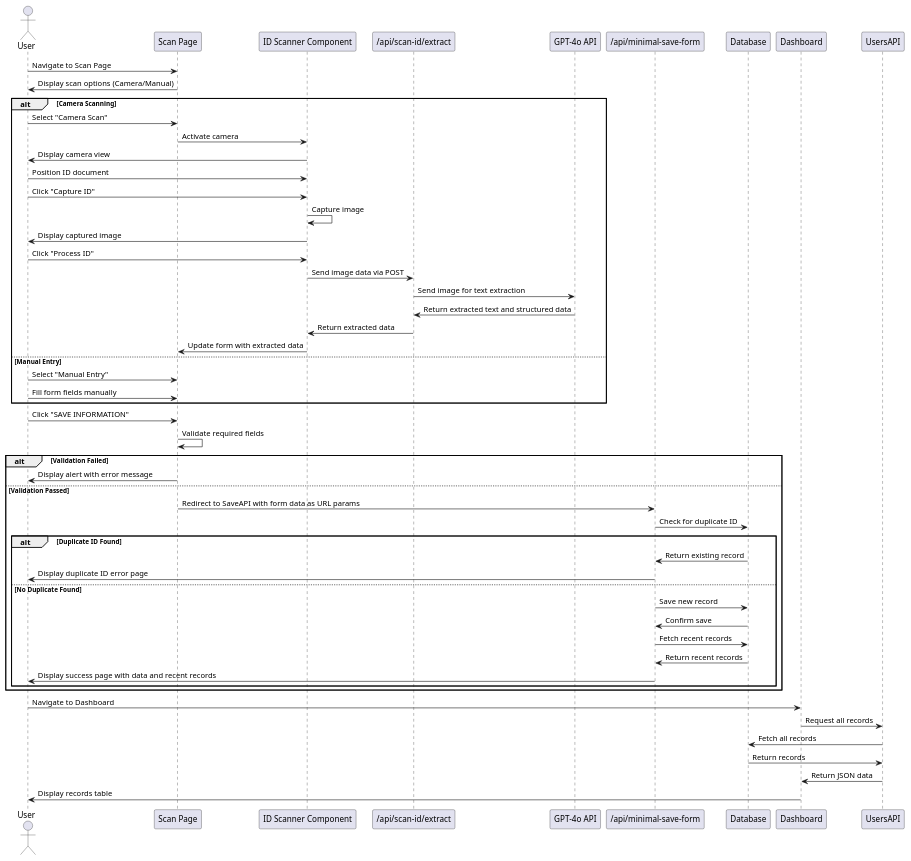
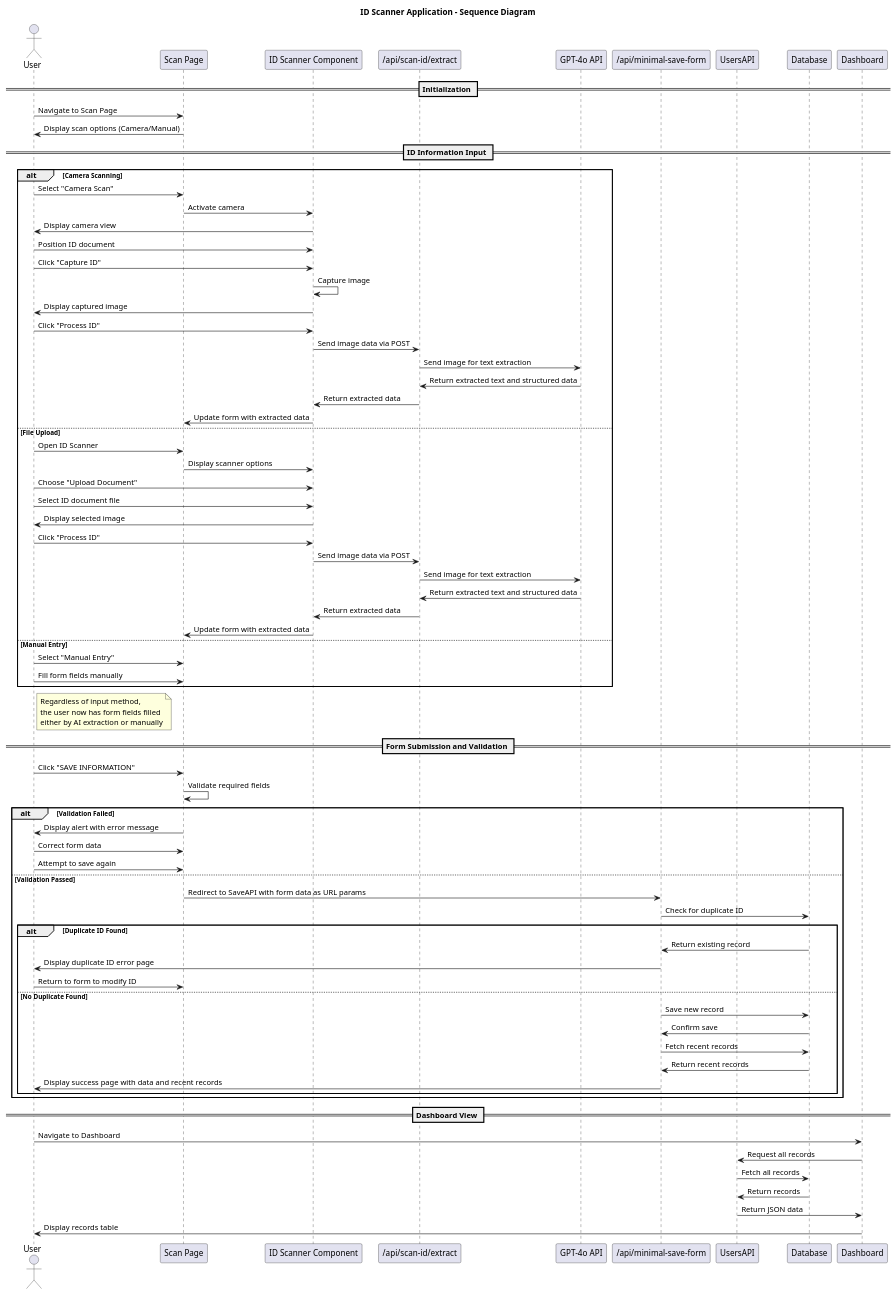
The diagram in docs/sequence-diagram-plantuml.md (nehadst/ID-SCANNER), drawn with PlantUML before and after one commit.

Commit message:
Editted sequence diagram

```diff
--- a/docs/sequence-diagram-plantuml.md
+++ b/docs/sequence-diagram-plantuml.md
@@ -5,13 +5,17 @@
 participant "/api/scan-id/extract" as ExtractAPI
 participant "GPT-4o API" as GPT4o
 participant "/api/minimal-save-form" as SaveAPI
+participant "UsersAPI" as UsersAPI
 participant Database
 participant Dashboard
 
-' User initiates ID scanning
+title ID Scanner Application - Sequence Diagram
+
+== Initialization ==
 User -> ScanPage : Navigate to Scan Page
 ScanPage -> User : Display scan options (Camera/Manual)
 
+== ID Information Input ==
 alt Camera Scanning
     User -> ScanPage : Select "Camera Scan"
     ScanPage -> IDScanner : Activate camera
@@ -26,17 +30,37 @@
     GPT4o -> ExtractAPI : Return extracted text and structured data
     ExtractAPI -> IDScanner : Return extracted data
     IDScanner -> ScanPage : Update form with extracted data
+else File Upload
+    User -> ScanPage : Open ID Scanner
+    ScanPage -> IDScanner : Display scanner options
+    User -> IDScanner : Choose "Upload Document"
+    User -> IDScanner : Select ID document file
+    IDScanner -> User : Display selected image
+    User -> IDScanner : Click "Process ID"
+    IDScanner -> ExtractAPI : Send image data via POST
+    ExtractAPI -> GPT4o : Send image for text extraction
+    GPT4o -> ExtractAPI : Return extracted text and structured data
+    ExtractAPI -> IDScanner : Return extracted data
+    IDScanner -> ScanPage : Update form with extracted data
 else Manual Entry
     User -> ScanPage : Select "Manual Entry"
     User -> ScanPage : Fill form fields manually
 end
 
-' Form submission and data saving
+note right of User
+  Regardless of input method,
+  the user now has form fields filled
+  either by AI extraction or manually
+end note
+
+== Form Submission and Validation ==
 User -> ScanPage : Click "SAVE INFORMATION"
 ScanPage -> ScanPage : Validate required fields
 
 alt Validation Failed
     ScanPage -> User : Display alert with error message
+    User -> ScanPage : Correct form data
+    User -> ScanPage : Attempt to save again
 else Validation Passed
     ScanPage -> SaveAPI : Redirect to SaveAPI with form data as URL params
     
@@ -45,6 +69,7 @@
     alt Duplicate ID Found
         Database -> SaveAPI : Return existing record
         SaveAPI -> User : Display duplicate ID error page
+        User -> ScanPage : Return to form to modify ID
     else No Duplicate Found
         SaveAPI -> Database : Save new record
         Database -> SaveAPI : Confirm save
@@ -54,7 +79,7 @@
     end
 end
 
-' Viewing dashboard
+== Dashboard View ==
 User -> Dashboard : Navigate to Dashboard
 Dashboard -> UsersAPI : Request all records
 UsersAPI -> Database : Fetch all records
```
